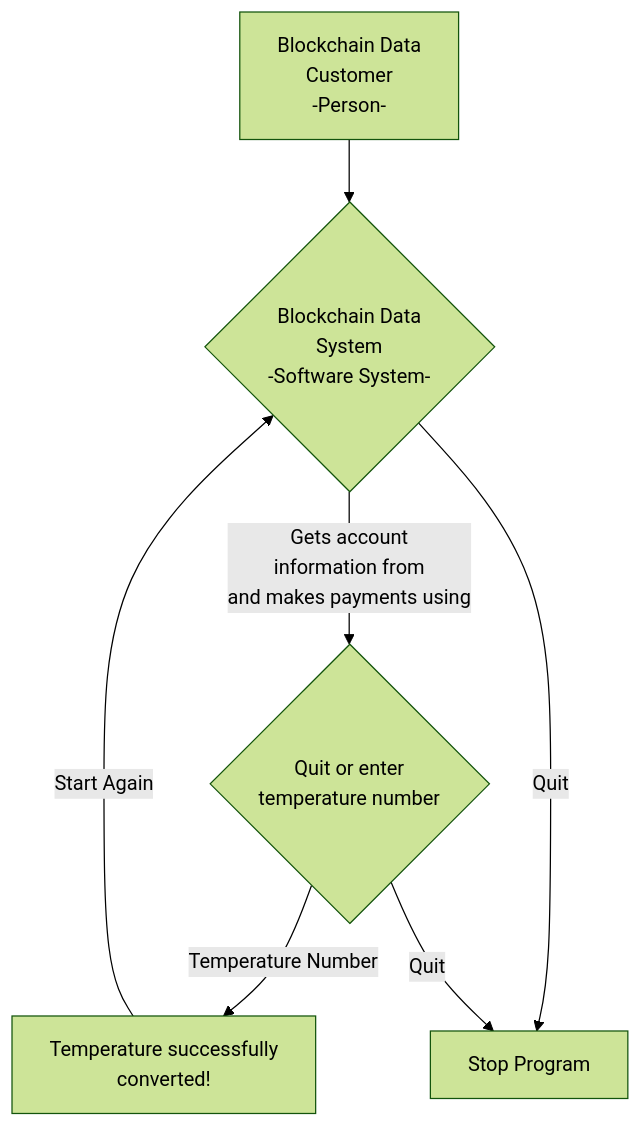
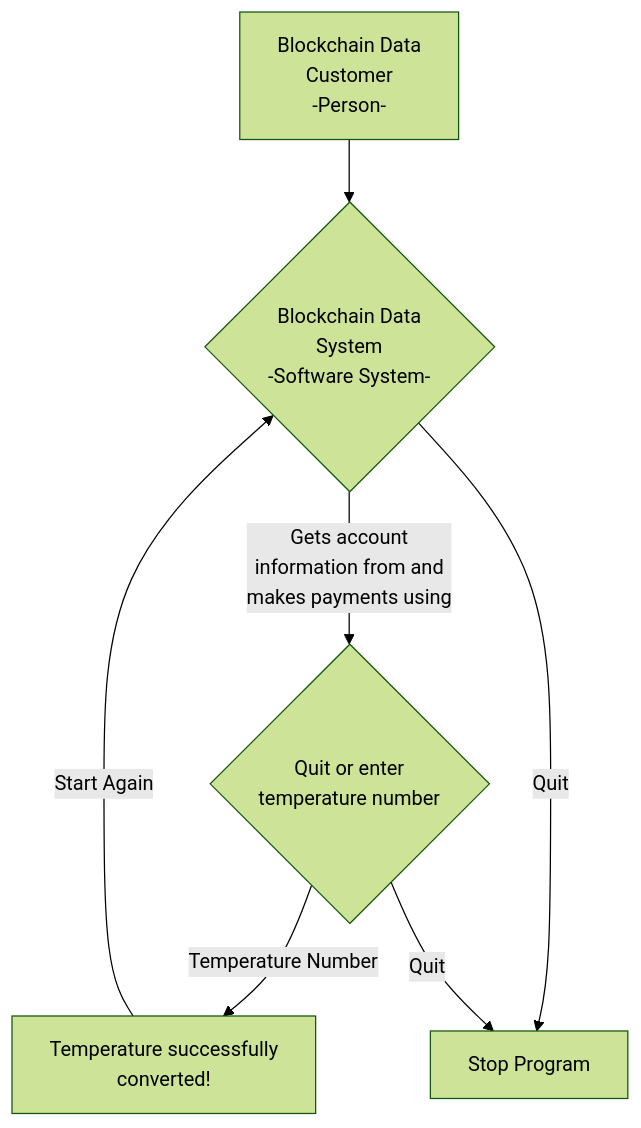
The diagram in README.md (patmcfarland/one), drawn with Mermaid (forest theme) before and after one commit.

````diff
--- a/README.md
+++ b/README.md
@@ -1,9 +1,9 @@
 ```mermaid
 flowchart TB
 A[Blockchain Data<br>Customer<br>-Person-] -->B{Blockchain Data<br>System<br>-Software System-}
-B -- Gets account<br>information from<br>and makes payments using --> C{Quit or enter<br>temperature number} 
+B -- Gets account<br>information from and<br>makes payments using --> C{Quit or enter<br>temperature number} 
 C -- Temperature Number --> D[Temperature successfully<br>converted!] 
 D -- Start Again -->B
 B -- Quit --> E[Stop Program]
 C -- Quit --> E
 ```
````
